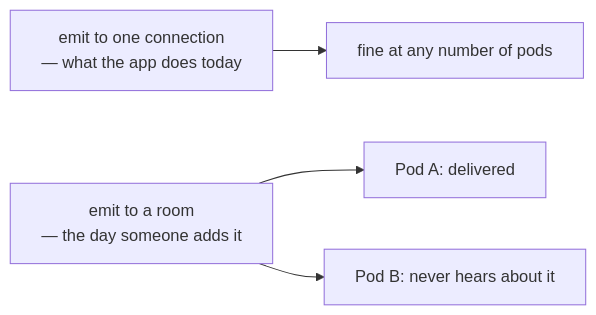
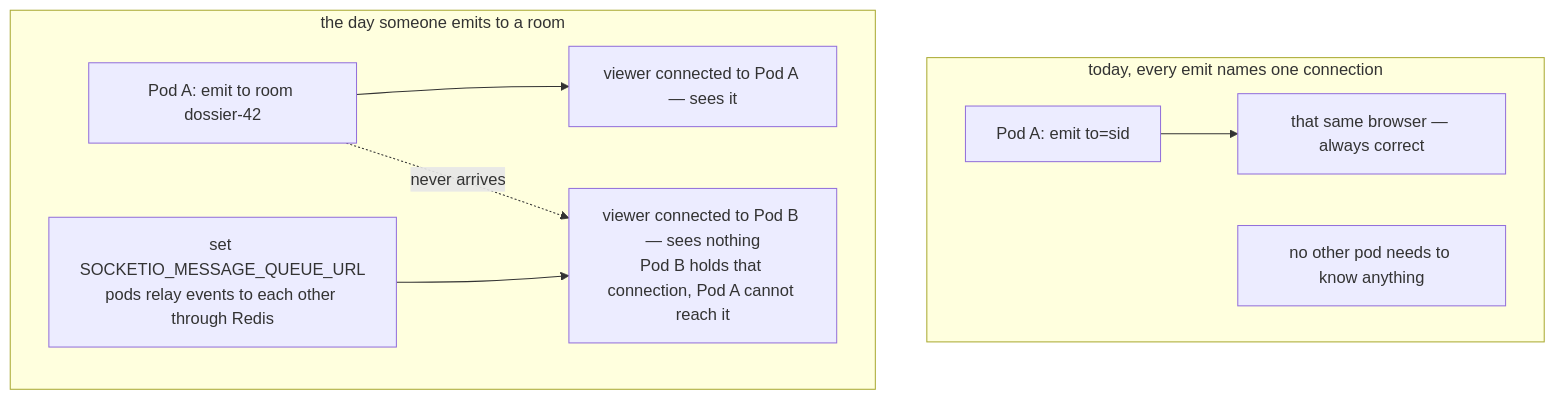
Before and after one commit to selvakumarperumal/Corporate_Filing_Analyzer_Agent: diagram 11 of 17 in docs/TESTING-SCALING.md, drawn with Mermaid. The commit also changed other lines of this file, not shown here.

Commit message:
docs: enrich scaling test breakdowns with detailed sequence flows, SQL examples, and negative test rigs

````diff
--- a/docs/TESTING-SCALING.md
+++ b/docs/TESTING-SCALING.md
@@ -371,6 +645,12 @@
 ```mermaid
-flowchart LR
-  N["emit to one connection<br/>— what the app does today"] --> OK["fine at any number of pods"]
-  R["emit to a room<br/>— the day someone adds it"] --> A["Pod A: delivered"]
-  R --> B["Pod B: never hears about it"]
+flowchart TB
+  subgraph now["today, every emit names one connection"]
+    E1["Pod A: emit to=sid"] --> C1["that same browser — always correct"]
+    N1["no other pod needs to know anything"]
+  end
+  subgraph later["the day someone emits to a room"]
+    E2["Pod A: emit to room dossier-42"] --> V1["viewer connected to Pod A — sees it"]
+    E2 -.->|"never arrives"| V2["viewer connected to Pod B — sees nothing<br/>Pod B holds that connection, Pod A cannot reach it"]
+    FIX["set SOCKETIO_MESSAGE_QUEUE_URL<br/>pods relay events to each other through Redis"] --> V2
+  end
 ```
````
